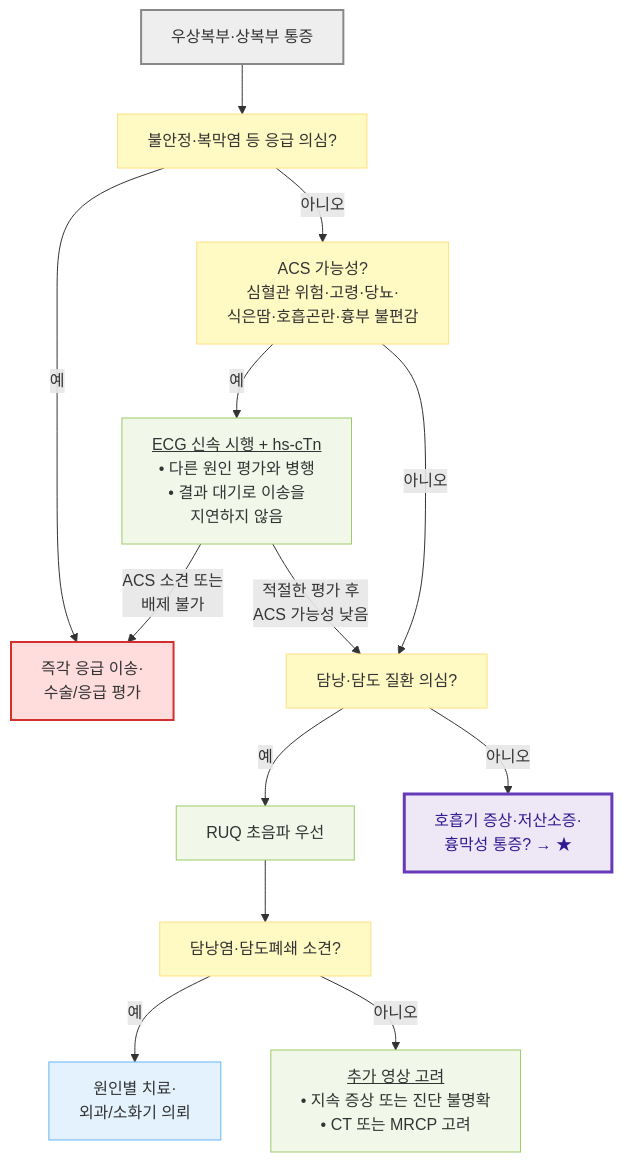
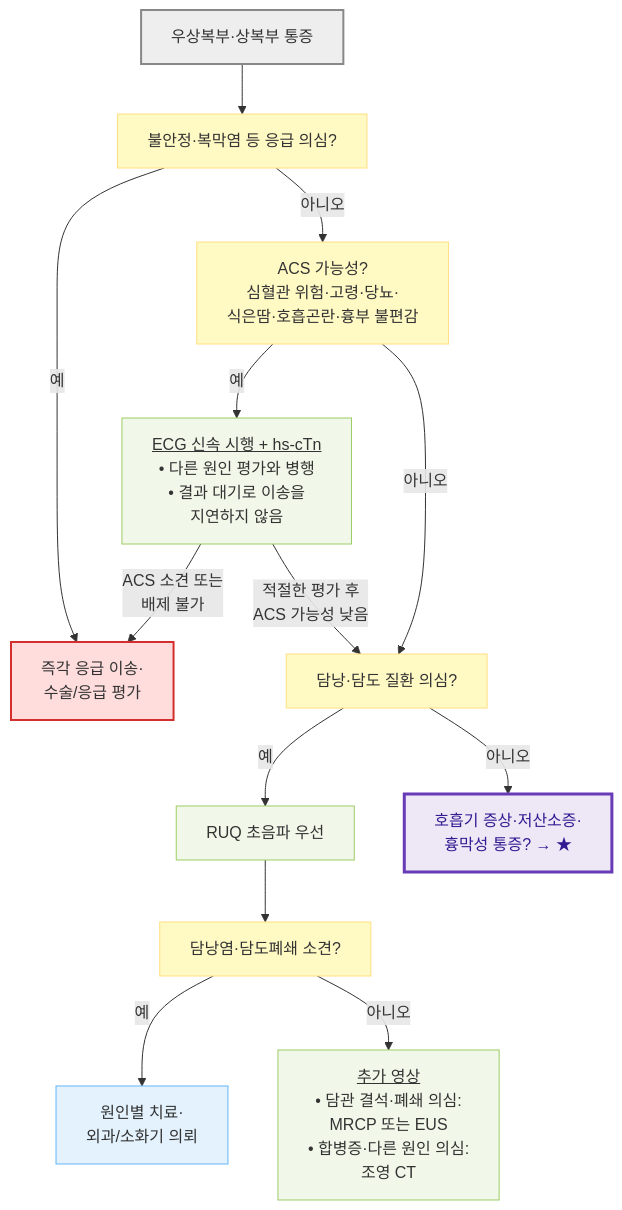
Before and after one commit to familyoh77/familyoh77: the first of 4 diagrams in 220_/003_-abdominal-pain.md, drawn with Mermaid. The commit also changed other lines of this file and 4 other files, not shown here.

````diff
--- a/220_/003_-abdominal-pain.md
+++ b/220_/003_-abdominal-pain.md
@@ -216,27 +219,27 @@
 ```mermaid
 flowchart TD
     A["우상복부·상복부 통증"] --> B["불안정·복막염 등 응급 의심?"]
     B -- "예" --> C["즉각 응급 이송·<br/>수술/응급 평가"]
     B -- "아니오" --> O["ACS 가능성?<br/>심혈관 위험·고령·당뇨·<br/>식은땀·호흡곤란·흉부 불편감"]
     O -- "예" --> P["<u>ECG 신속 시행 + hs-cTn</u><br/>• 다른 원인 평가와 병행<br/>• 결과 대기로 이송을 <br/>지연하지 않음"]
     P -- "ACS 소견 또는 <br/>배제 불가" --> C
     P -- "적절한 평가 후 <br/>ACS 가능성 낮음" --> D
     O -- "아니오" --> D["담낭·담도 질환 의심?"]
     D -- "예" --> E["RUQ 초음파 우선"]
     E --> F["담낭염·담도폐쇄 소견?"]
     F -- "예" --> G["원인별 치료·<br/>외과/소화기 의뢰"]
-    F -- "아니오" --> H["<u>추가 영상 고려</u><br/>• 지속 증상 또는 진단 불명확<br/>• CT 또는 MRCP 고려"]
+    F -- "아니오" --> H["<u>추가 영상</u><br/>• 담관 결석·폐쇄 의심: <br/>MRCP 또는 EUS<br/>• 합병증·다른 원인 의심: <br/>조영 CT"]
     D -- "아니오" --> I["호흡기 증상·저산소증·<br/>흉막성 통증? → ★"]
     classDef start fill:#eeeeee,stroke:#888888,stroke-width:2px
     classDef question fill:#fff9c4,stroke:#ffe082
     classDef emergency fill:#ffdddd,stroke:#d32f2f,stroke-width:2px
     classDef evaluation fill:#f1f8e9,stroke:#9ccc65
     classDef treatment fill:#e3f2fd,stroke:#64b5f6
     classDef connector fill:#ede7f6,stroke:#673ab7,stroke-width:3px,color:#311b92
     class A start
     class B,O,D,F question
     class C emergency
     class P,E,H evaluation
     class G treatment
     class I connector
 ```
````
